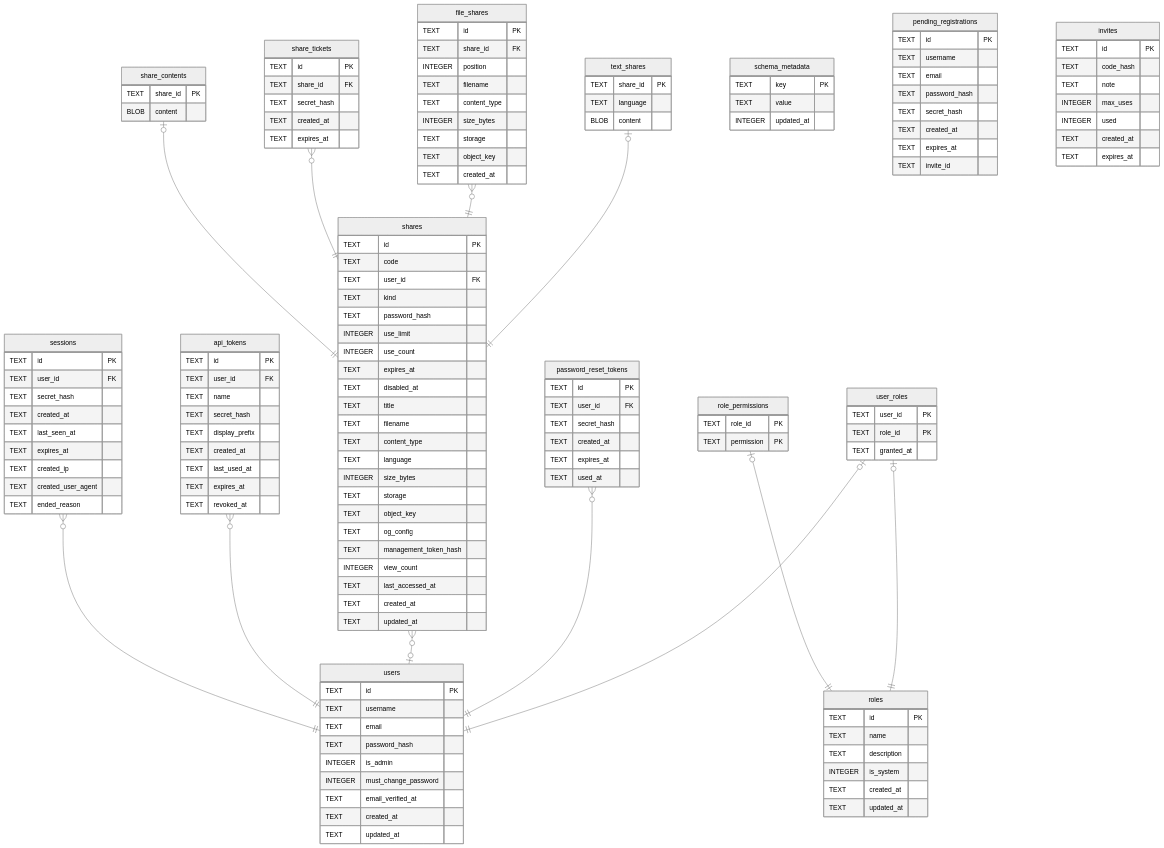
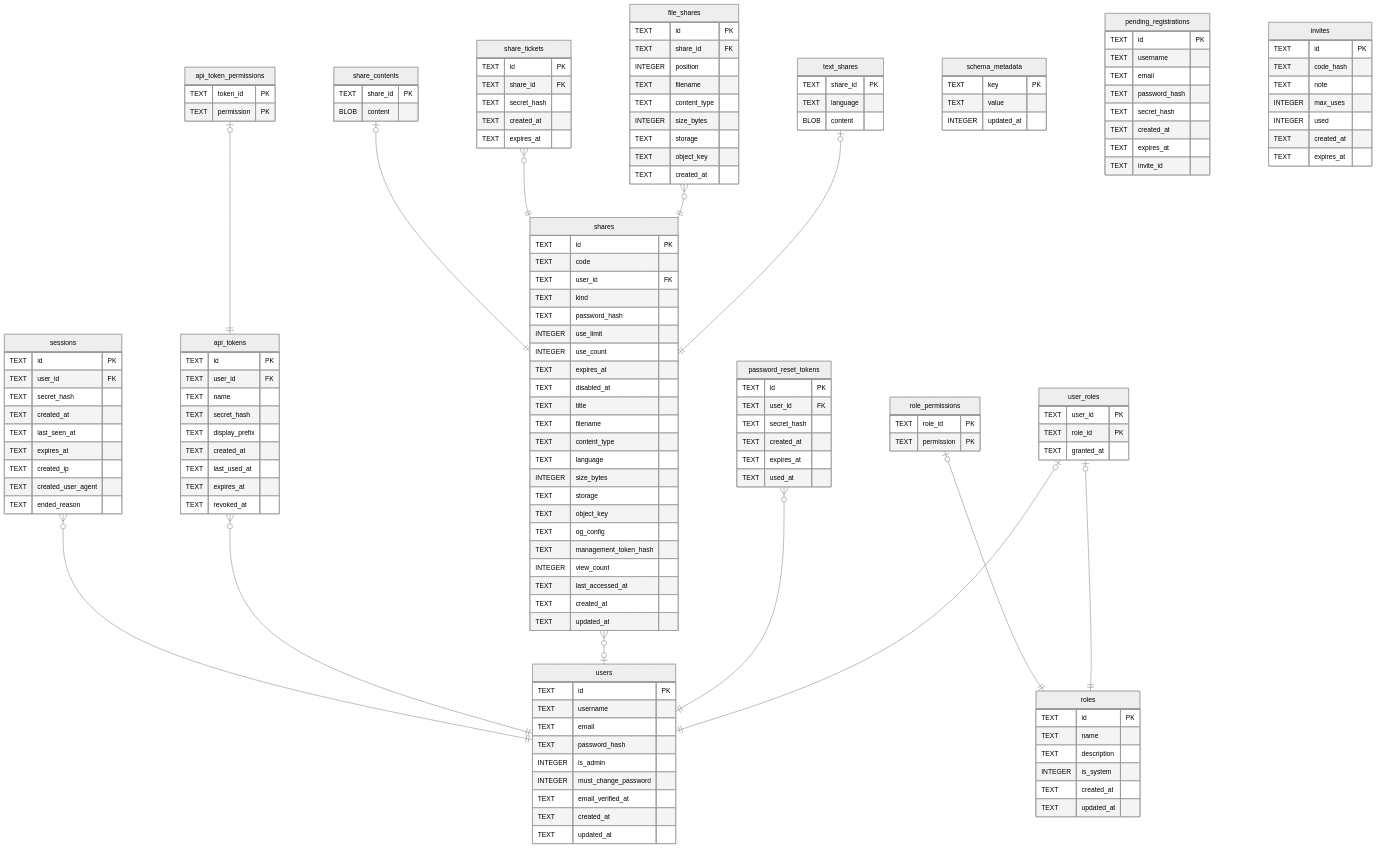
Before and after one commit to Limatura/tessera: the diagram in docs/schema/README.md, drawn with Mermaid (neutral theme). The commit also changed other lines of this file and 18 other files, not shown here.

First line of the commit message:
feat(auth): API token 有自己的權限,不再等同帳號

````diff
--- a/docs/schema/README.md
+++ b/docs/schema/README.md
@@ -36,6 +37,7 @@
 "role_permissions" |o--|| "roles" : ""
 "user_roles" |o--|| "roles" : ""
 "user_roles" |o--|| "users" : ""
+"api_token_permissions" |o--|| "api_tokens" : ""
 
 "schema_metadata" {
   TEXT key PK
@@ -170,4 +172,8 @@
   TEXT role_id PK
   TEXT granted_at
 }
+"api_token_permissions" {
+  TEXT token_id PK
+  TEXT permission PK
+}
 ```
````
